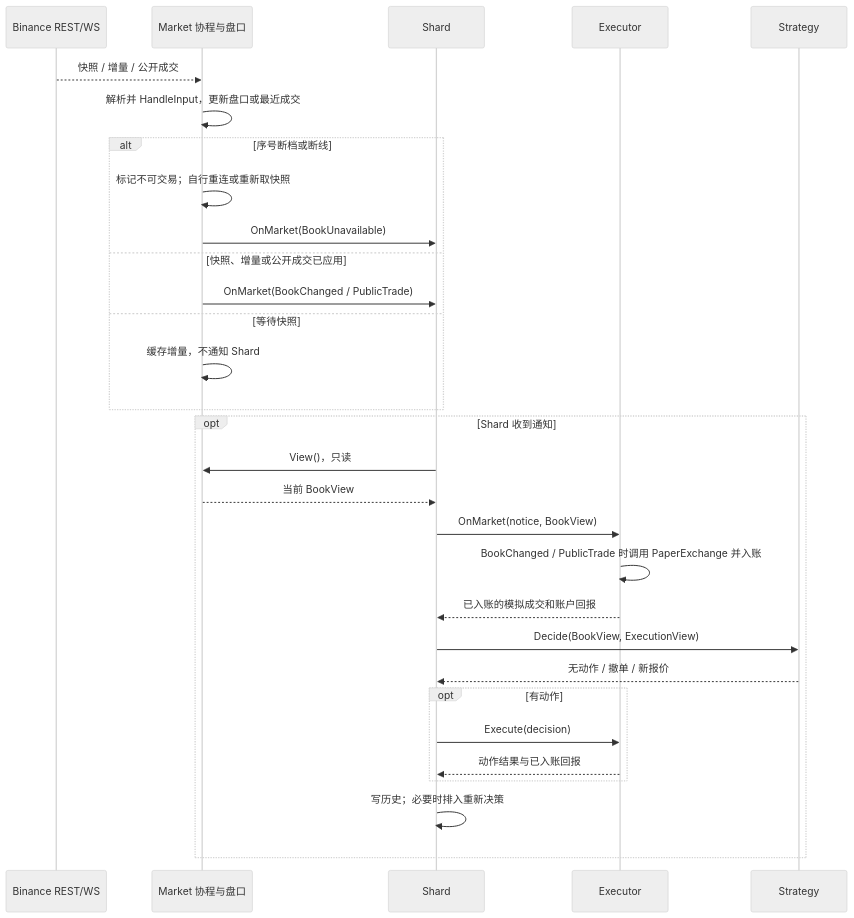
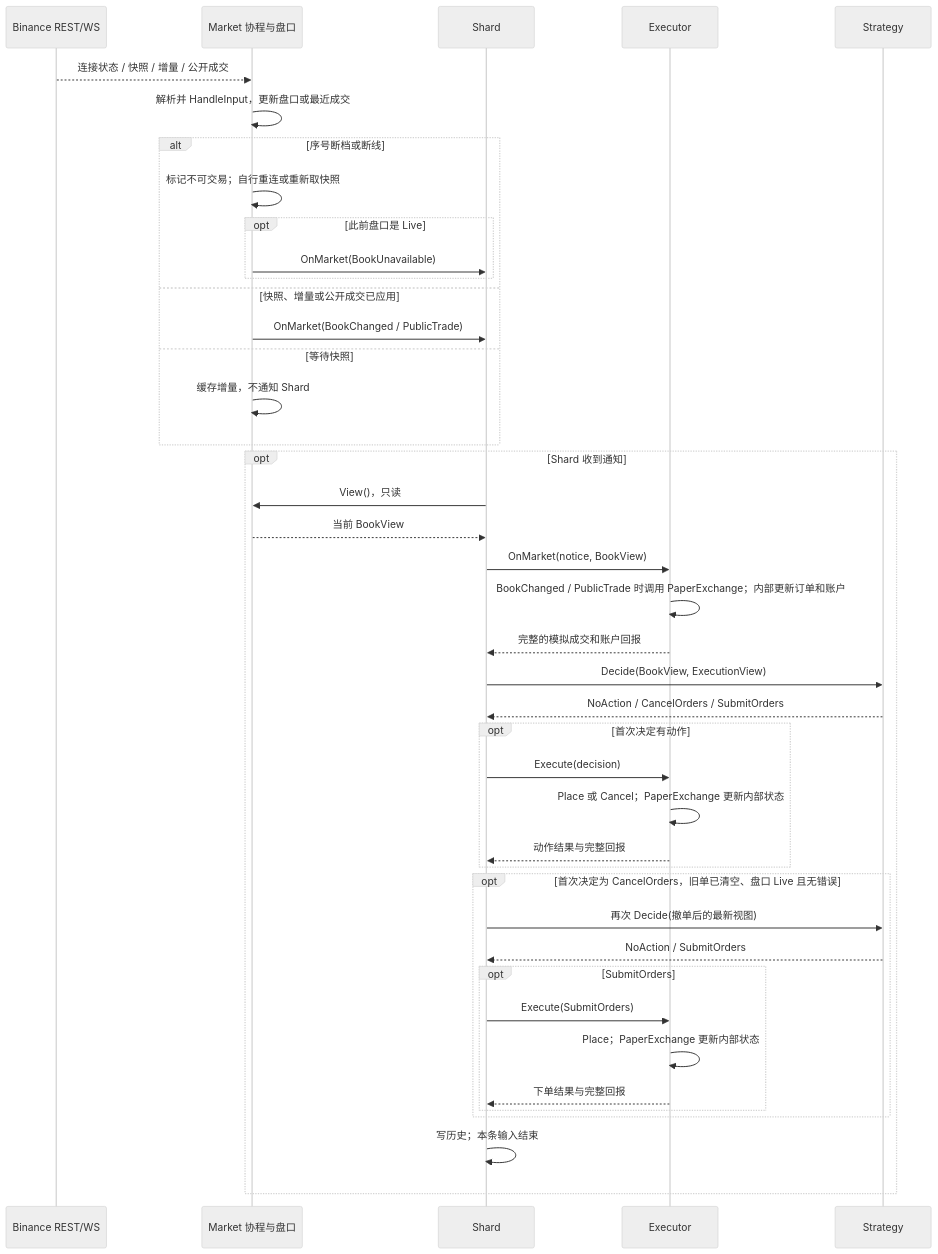
Before and after one commit to larrystd/hbot-quant: the third of 7 diagrams in docs/DESIGN.md, drawn with Mermaid (neutral theme). The commit also changed other lines of this file, not shown here.

```diff
--- a/docs/DESIGN.md
+++ b/docs/DESIGN.md
@@ -179,32 +257,44 @@
 ~~~mermaid
 sequenceDiagram
     participant B as Binance REST/WS
     participant M as Market 协程与盘口
     participant S as Shard
     participant E as Executor
     participant P as Strategy
-    B-->>M: 快照 / 增量 / 公开成交
+    B-->>M: 连接状态 / 快照 / 增量 / 公开成交
     M->>M: 解析并 HandleInput，更新盘口或最近成交
     alt 序号断档或断线
         M->>M: 标记不可交易；自行重连或重新取快照
-        M->>S: OnMarket(BookUnavailable)
+        opt 此前盘口是 Live
+            M->>S: OnMarket(BookUnavailable)
+        end
     else 快照、增量或公开成交已应用
         M->>S: OnMarket(BookChanged / PublicTrade)
     else 等待快照
         M->>M: 缓存增量，不通知 Shard
     end
     opt Shard 收到通知
         S->>M: View()，只读
         M-->>S: 当前 BookView
         S->>E: OnMarket(notice, BookView)
-        E->>E: BookChanged / PublicTrade 时调用 PaperExchange 并入账
-        E-->>S: 已入账的模拟成交和账户回报
+        E->>E: BookChanged / PublicTrade 时调用 PaperExchange；内部更新订单和账户
+        E-->>S: 完整的模拟成交和账户回报
         S->>P: Decide(BookView, ExecutionView)
-        P-->>S: 无动作 / 撤单 / 新报价
-        opt 有动作
+        P-->>S: NoAction / CancelOrders / SubmitOrders
+        opt 首次决定有动作
             S->>E: Execute(decision)
-            E-->>S: 动作结果与已入账回报
+            E->>E: Place 或 Cancel；PaperExchange 更新内部状态
+            E-->>S: 动作结果与完整回报
         end
-        S->>S: 写历史；必要时排入重新决策
+        opt 首次决定为 CancelOrders，旧单已清空、盘口 Live 且无错误
+            S->>P: 再次 Decide(撤单后的最新视图)
+            P-->>S: NoAction / SubmitOrders
+            opt SubmitOrders
+                S->>E: Execute(SubmitOrders)
+                E->>E: Place；PaperExchange 更新内部状态
+                E-->>S: 下单结果与完整回报
+            end
+        end
+        S->>S: 写历史；本条输入结束
     end
 ~~~
```
